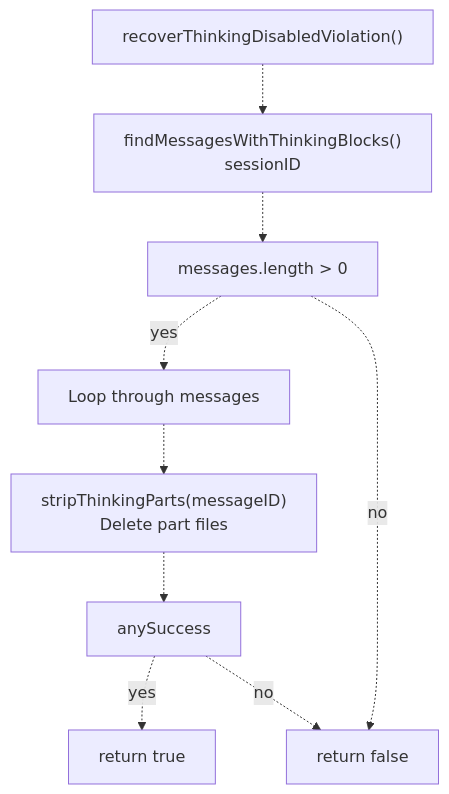
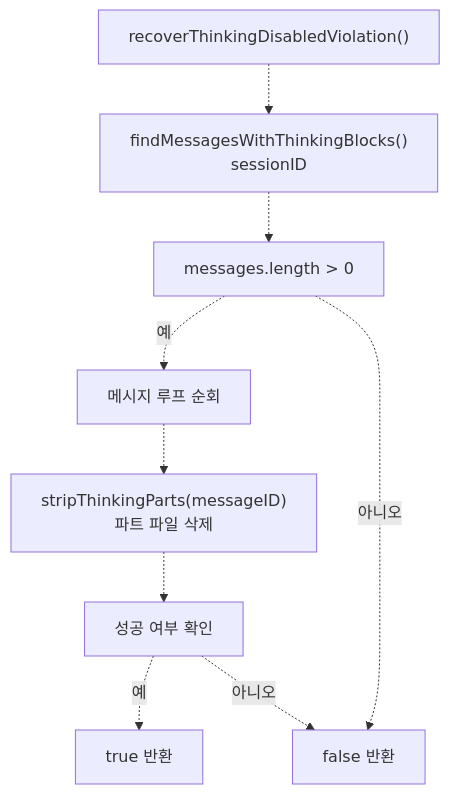
The fifth of 8 diagrams in docs/reliability/session-recovery.md (felipetruman/oh-my-opencode-docs), drawn with Mermaid before and after one commit. The commit also changed other lines of this file and 76 other files, not shown here.

````diff
--- a/docs/reliability/session-recovery.md
+++ b/docs/reliability/session-recovery.md
@@ -247,21 +244,21 @@
 ```mermaid
 flowchart TD
 
 Start["recoverThinkingDisabledViolation()"]
 Find["findMessagesWithThinkingBlocks()<br>sessionID"]
 CheckMsgs["messages.length > 0"]
-Loop["Loop through messages"]
-Strip["stripThinkingParts(messageID)<br>Delete part files"]
-CheckSuccess["anySuccess"]
-ReturnTrue["return true"]
-ReturnFalse["return false"]
+Loop["메시지 루프 순회"]
+Strip["stripThinkingParts(messageID)<br>파트 파일 삭제"]
+CheckSuccess["성공 여부 확인"]
+ReturnTrue["true 반환"]
+ReturnFalse["false 반환"]
 
 Start -.-> Find
 Find -.-> CheckMsgs
-CheckMsgs -.->|"yes"| Loop
-CheckMsgs -.->|"no"| ReturnFalse
+CheckMsgs -.->|"예"| Loop
+CheckMsgs -.->|"아니오"| ReturnFalse
 Loop -.-> Strip
 Strip -.-> CheckSuccess
-CheckSuccess -.->|"yes"| ReturnTrue
-CheckSuccess -.->|"no"| ReturnFalse
+CheckSuccess -.->|"예"| ReturnTrue
+CheckSuccess -.->|"아니오"| ReturnFalse
 ```
````
